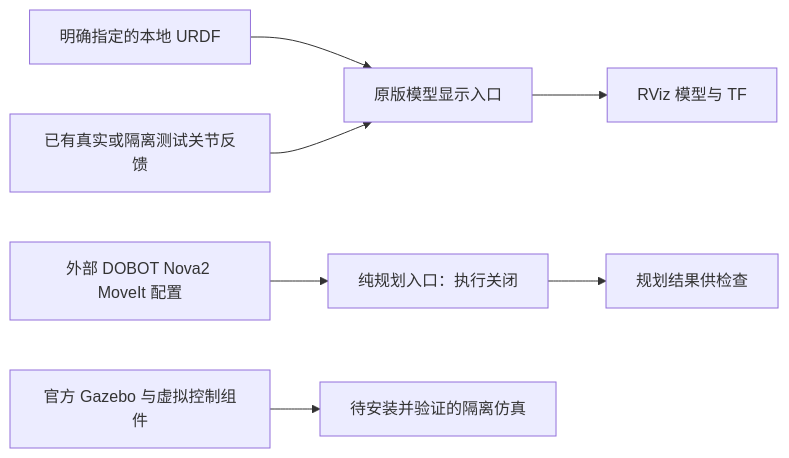
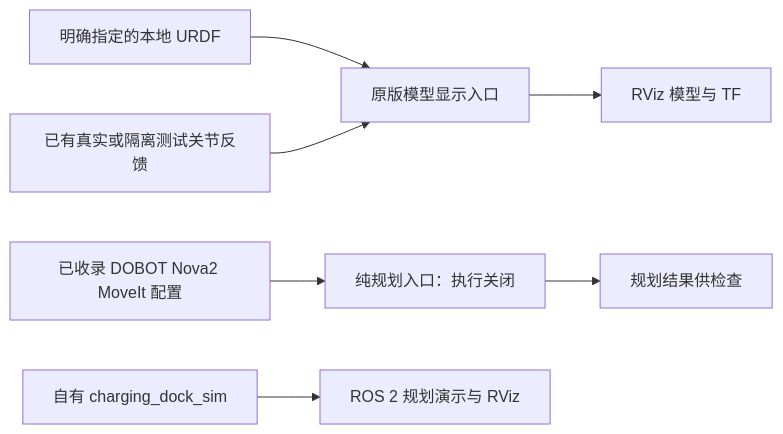
The fifth of 5 diagrams in README.md (Pvpproof/autonomous-charging-robot), drawn with Mermaid before and after one commit. The commit also changed other lines of this file and 3 other files, not shown here.

````diff
--- a/README.md
+++ b/README.md
@@ -146,9 +146,9 @@
 ```mermaid
 flowchart LR
   U[明确指定的本地 URDF] --> M[原版模型显示入口]
   J[已有真实或隔离测试关节反馈] --> M
   M --> V[RViz 模型与 TF]
-  D[外部 DOBOT Nova2 MoveIt 配置] --> P[纯规划入口：执行关闭]
+  D[已收录 DOBOT Nova2 MoveIt 配置] --> P[纯规划入口：执行关闭]
   P --> R[规划结果供检查]
-  G[官方 Gazebo 与虚拟控制组件] --> S[待安装并验证的隔离仿真]
+  G[自有 charging_dock_sim] --> S[ROS 2 规划演示与 RViz]
 ```
````
